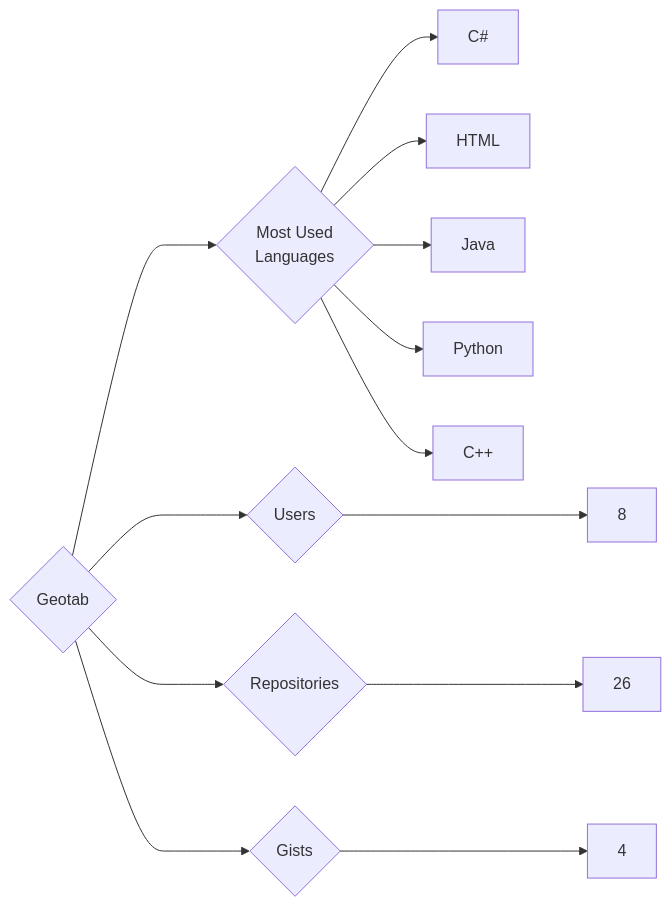
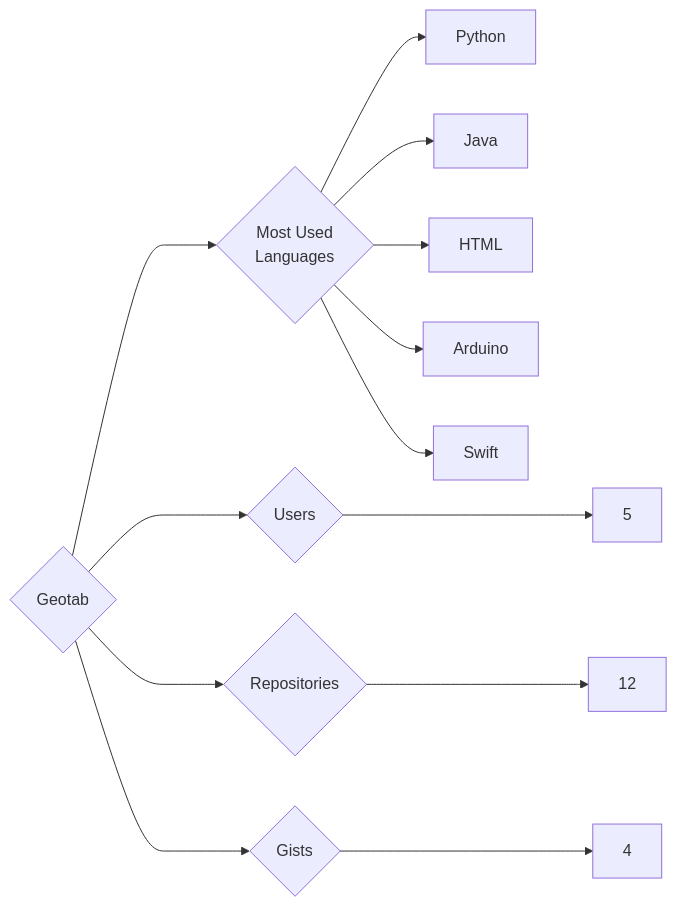
Before and after one commit to trickest/insiders: the diagram in targets/Geotab/README.md, drawn with Mermaid. The commit also changed 1170 other files, not shown here.

````diff
--- a/targets/Geotab/README.md
+++ b/targets/Geotab/README.md
@@ -3,13 +3,13 @@
 ```mermaid
 graph LR
 COMPANY_NAME{Geotab}
-COMPANY_NAME ---> U{Users} ---> UN[8]
-COMPANY_NAME ---> R{Repositories} ---> RN[26]
+COMPANY_NAME ---> U{Users} ---> UN[5]
+COMPANY_NAME ---> R{Repositories} ---> RN[12]
 COMPANY_NAME ---> G{Gists} ---> GN[4]
 COMPANY_NAME ---> ML{Most Used<br>Languages}
-ML --> C#[C#]
+ML --> Python[Python]
+ML --> Java[Java]
 ML --> HTML[HTML]
-ML --> Java[Java]
-ML --> Python[Python]
-ML --> C++[C++]
+ML --> Arduino[Arduino]
+ML --> Swift[Swift]
 ```
````
